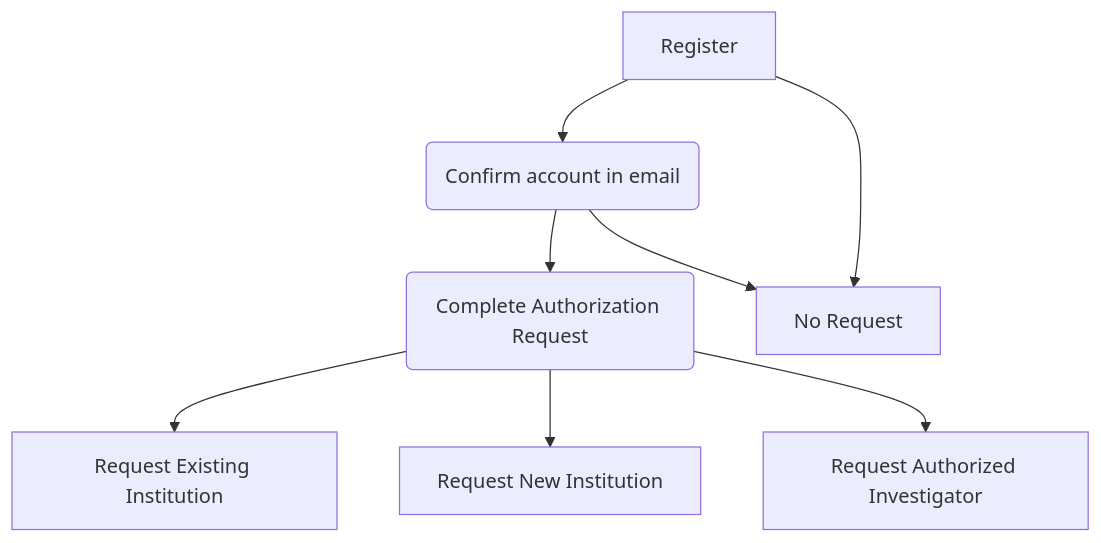
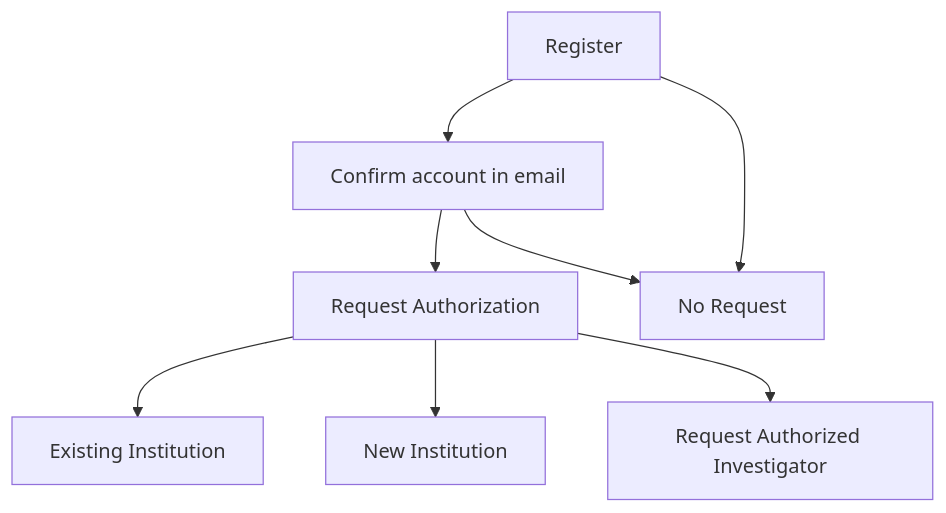
The first of 2 diagrams in src/admin/flowcharts.qmd (databrary/guide), drawn with Mermaid before and after one commit. The commit also changed other lines of this file and 52 other files, not shown here.

````diff
--- a/src/admin/flowcharts.qmd
+++ b/src/admin/flowcharts.qmd
@@ -8,9 +8,9 @@
 ```{mermaid}
 flowchart
-  A[Register] --> B(Confirm account in email) --> C(Complete Authorization Request)
-  C --> D[Request Existing Institution]
-  C --> E[Request New Institution]
+  A[Register] --> B[Confirm account in email] --> C[Request Authorization]
+  C --> D[Existing Institution]
+  C --> E[New Institution]
   C --> G[Request Authorized Investigator]
   A --> F[No Request]
   B --> F[No Request]
 ```
````
